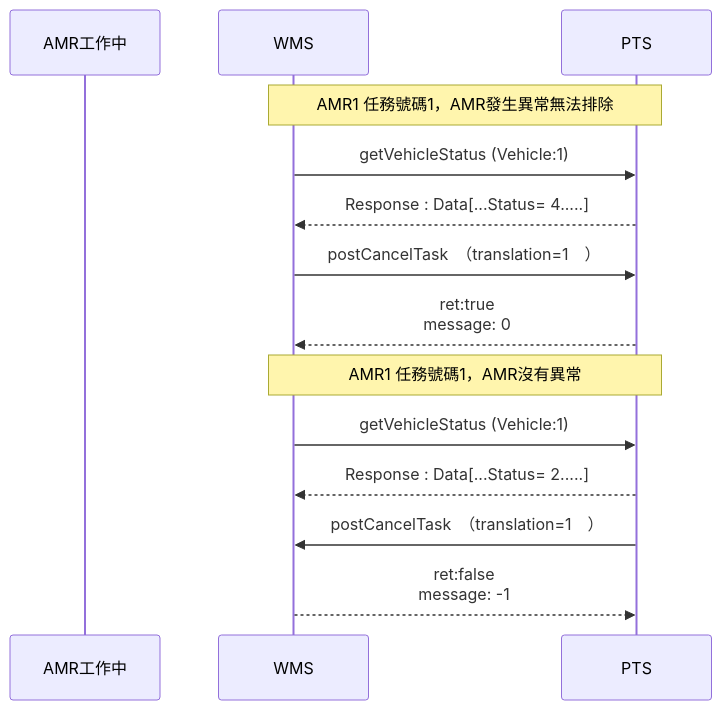
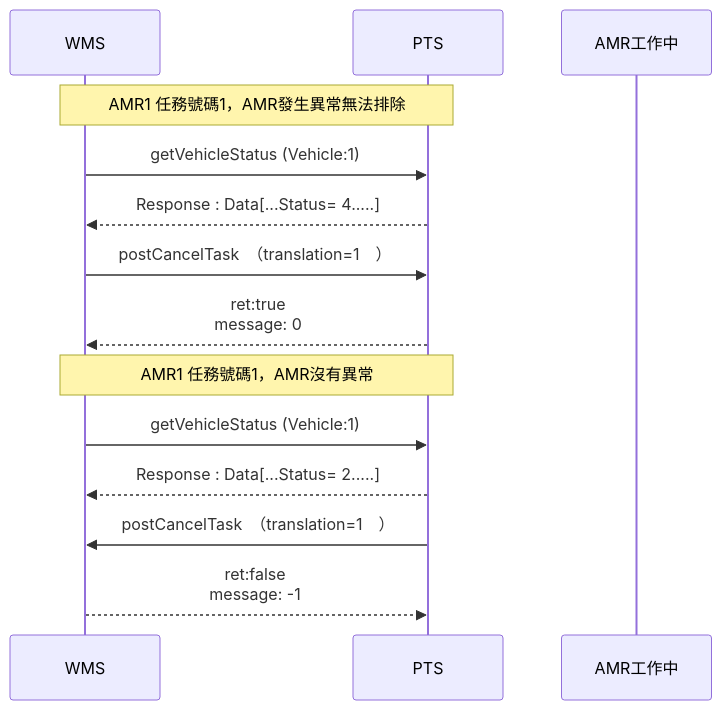
The eighth of 10 diagrams in README.md (athena-tircgo/amr-wms-lsj), drawn with Mermaid before and after one commit. The commit also changed other lines of this file, not shown here.

````diff
--- a/README.md
+++ b/README.md
@@ -424,22 +424,22 @@
 ```mermaid
 sequenceDiagram
-    participant AMR工作中
     participant WMS
     participant PTS
+    participant AMR工作中
     
 
 
 note over PTS,WMS: AMR1 任務號碼1，AMR發生異常無法排除
 　　　WMS->>PTS:getVehicleStatus (Vehicle:1)
      PTS-->>WMS : Response : Data[...Status= 4.....]
 
      WMS->>PTS: postCancelTask　（translation=1　）
      PTS-->>WMS : ret:true  <br> message: 0
 
 note over PTS,WMS: AMR1 任務號碼1，AMR沒有異常
      WMS->>PTS:getVehicleStatus (Vehicle:1)
 　　　PTS-->>WMS: Response :  Data[...Status= 2.....]
 
 　　　PTS->>WMS: postCancelTask　（translation=1　）
      WMS-->>PTS: ret:false  <br> message: -1
 ```
````
